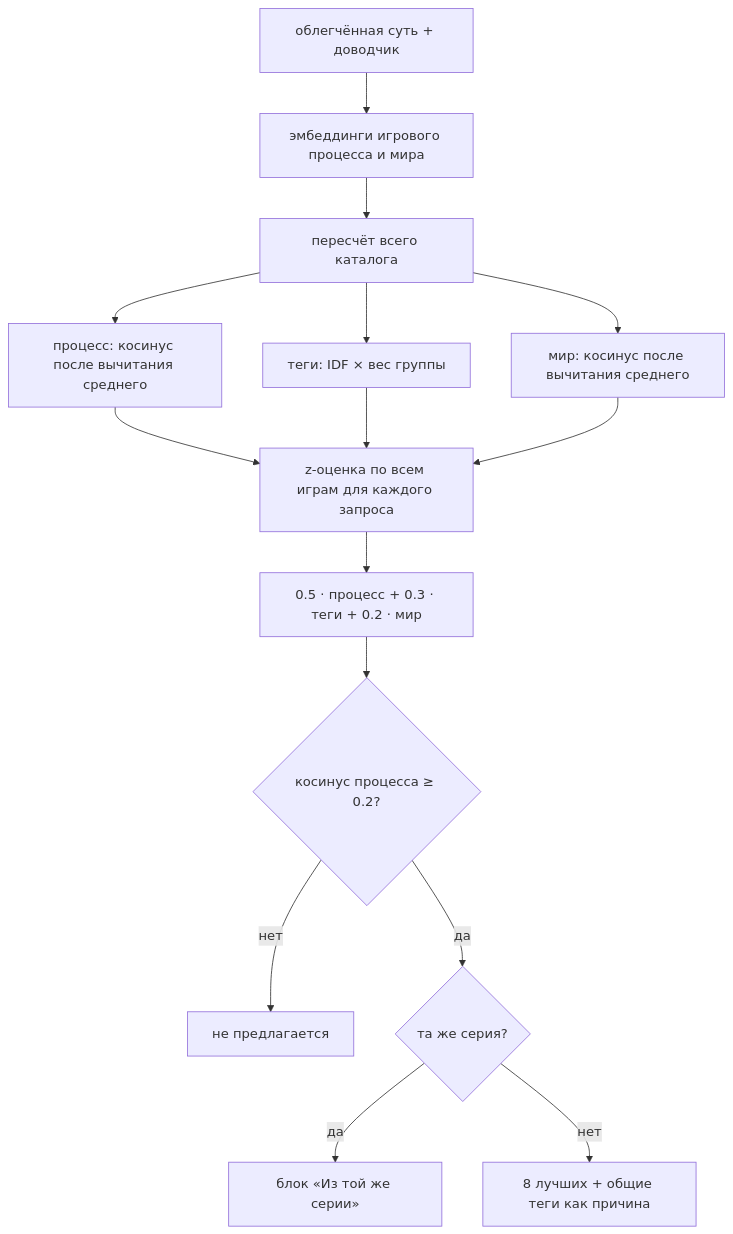
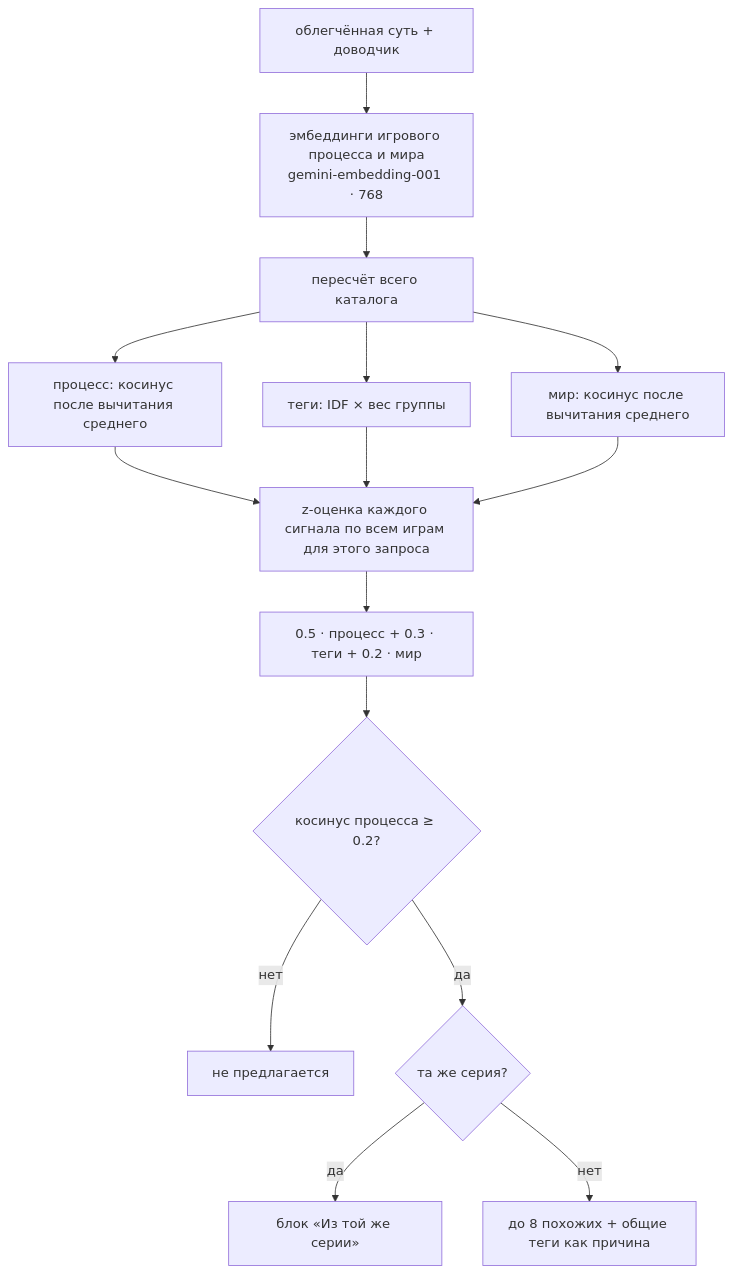
The fifth of 8 diagrams in README.md (Mr-Bill1999/game_crowler_service), drawn with Mermaid before and after one commit. The commit also changed other lines of this file and 2 other files, not shown here.

Commit message:
README: current architecture in detail; docs without work history

````diff
--- a/README.md
+++ b/README.md
@@ -407,12 +242,15 @@
 ```mermaid
 flowchart TD
-  LE["облегчённая суть + доводчик"] --> EMB["эмбеддинги игрового процесса и мира"]
+  LE["облегчённая суть + доводчик"] --> EMB["эмбеддинги игрового процесса и мира<br/>gemini-embedding-001 · 768"]
   EMB --> RB["пересчёт всего каталога"]
-  RB --> S1["процесс: косинус после вычитания среднего"] & S2["теги: IDF × вес группы"] & S3["мир: косинус после вычитания среднего"]
-  S1 & S2 & S3 --> Z["z-оценка по всем играм для каждого запроса"] --> SUM["0.5 · процесс + 0.3 · теги + 0.2 · мир"]
+  RB --> S1["процесс: косинус после вычитания среднего"]
+  RB --> S2["теги: IDF × вес группы"]
+  RB --> S3["мир: косинус после вычитания среднего"]
+  S1 & S2 & S3 --> Z["z-оценка каждого сигнала по всем играм для этого запроса"]
+  Z --> SUM["0.5 · процесс + 0.3 · теги + 0.2 · мир"]
   SUM --> FL{"косинус процесса ≥ 0.2?"}
   FL -- "нет" --> OUT["не предлагается"]
   FL -- "да" --> SER{"та же серия?"}
   SER -- "да" --> B2["блок «Из той же серии»"]
-  SER -- "нет" --> B1["8 лучших + общие теги как причина"]
+  SER -- "нет" --> B1["до 8 похожих + общие теги как причина"]
 ```
````
